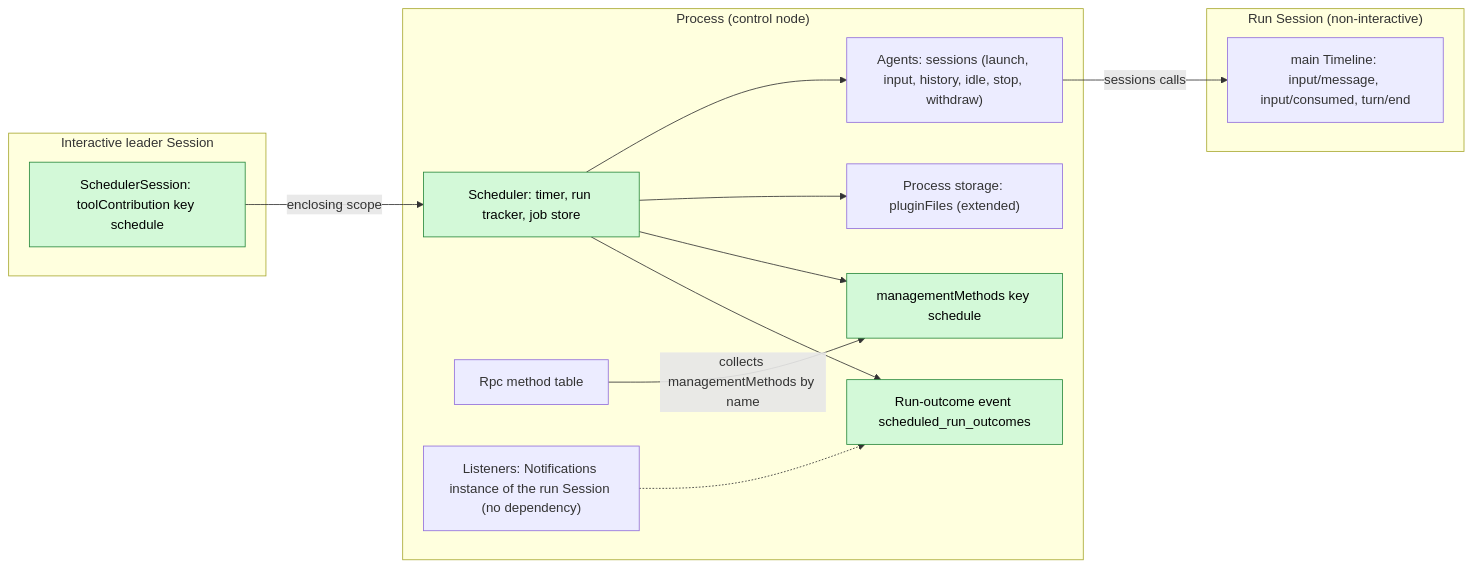
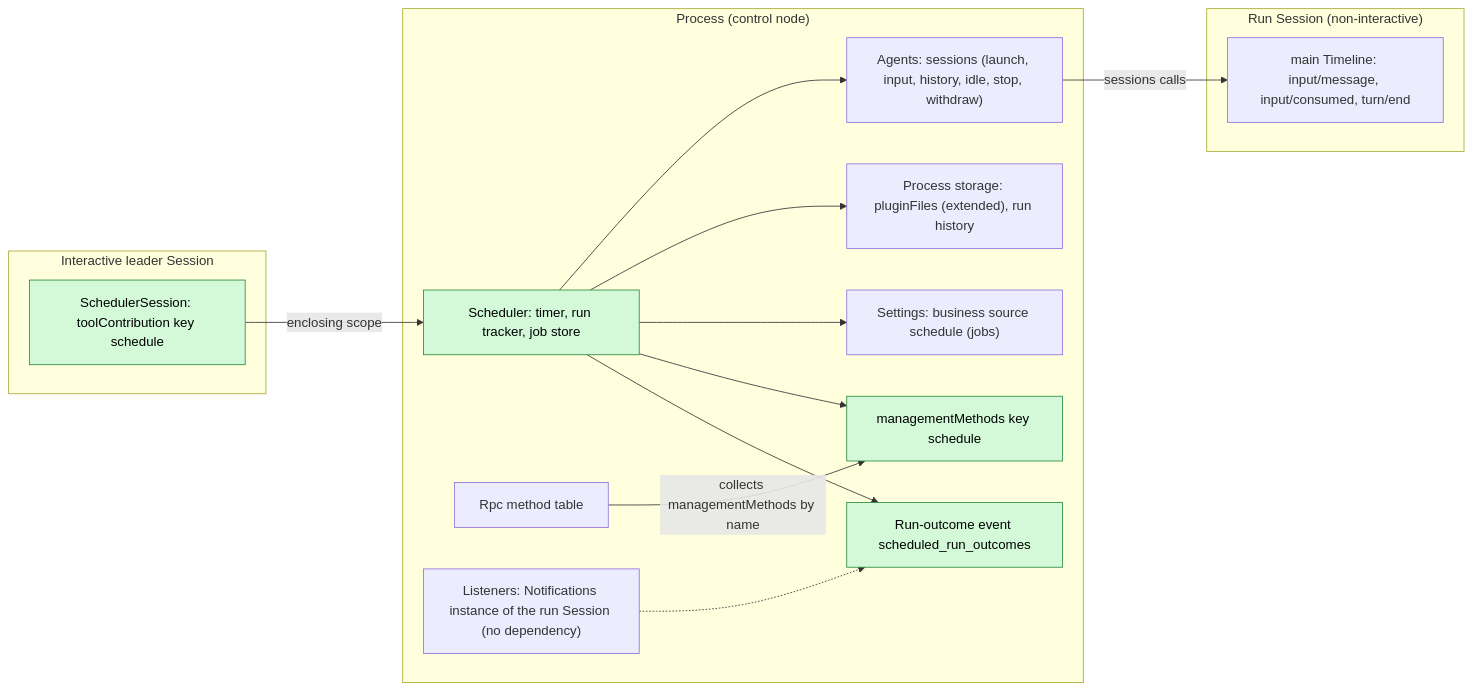
The first of 6 diagrams in docs/design/plugins/Scheduler.md (CoutinhoTTS/dim-agent), drawn with Mermaid before and after one commit. The commit also changed other lines of this file and 40 other files, not shown here.

````diff
--- a/docs/design/plugins/Scheduler.md
+++ b/docs/design/plugins/Scheduler.md
@@ -9,28 +9,30 @@
 ```mermaid
 flowchart LR
   subgraph PROC["Process (control node)"]
     Sched["Scheduler: timer, run tracker, job store"]
     MM["managementMethods key schedule"]
     Out["Run-outcome event scheduled_run_outcomes"]
     Agents["Agents: sessions (launch, input, history, idle, stop, withdraw)"]
     Rpc["Rpc method table"]
-    Store["Process storage: pluginFiles (extended)"]
+    Store["Process storage: pluginFiles (extended), run history"]
+    Set["Settings: business source schedule (jobs)"]
     Listen["Listeners: Notifications instance of the run Session (no dependency)"]
   end
   subgraph SESS["Interactive leader Session"]
     Tool["SchedulerSession: toolContribution key schedule"]
   end
   subgraph RUN["Run Session (non-interactive)"]
     TL["main Timeline: input/message, input/consumed, turn/end"]
   end
   Tool -->|"enclosing scope"| Sched
   Sched --> Agents
   Sched --> Store
+  Sched --> Set
   Sched --> MM
   Rpc -->|"collects managementMethods by name"| MM
   Agents -->|"sessions calls"| TL
   Sched --> Out
   Listen -.-> Out
   classDef new fill:#d3f9d8,stroke:#2b8a3e,color:#000
   class Sched,MM,Out,Tool new
 ```
````
